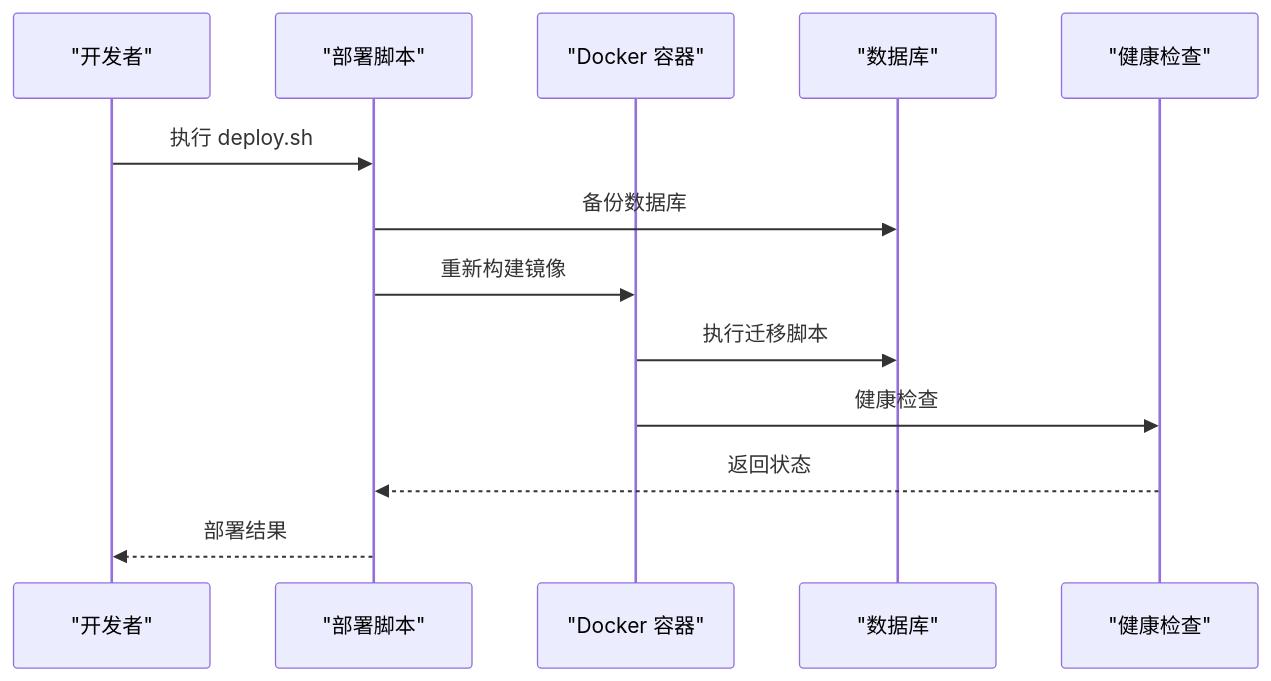
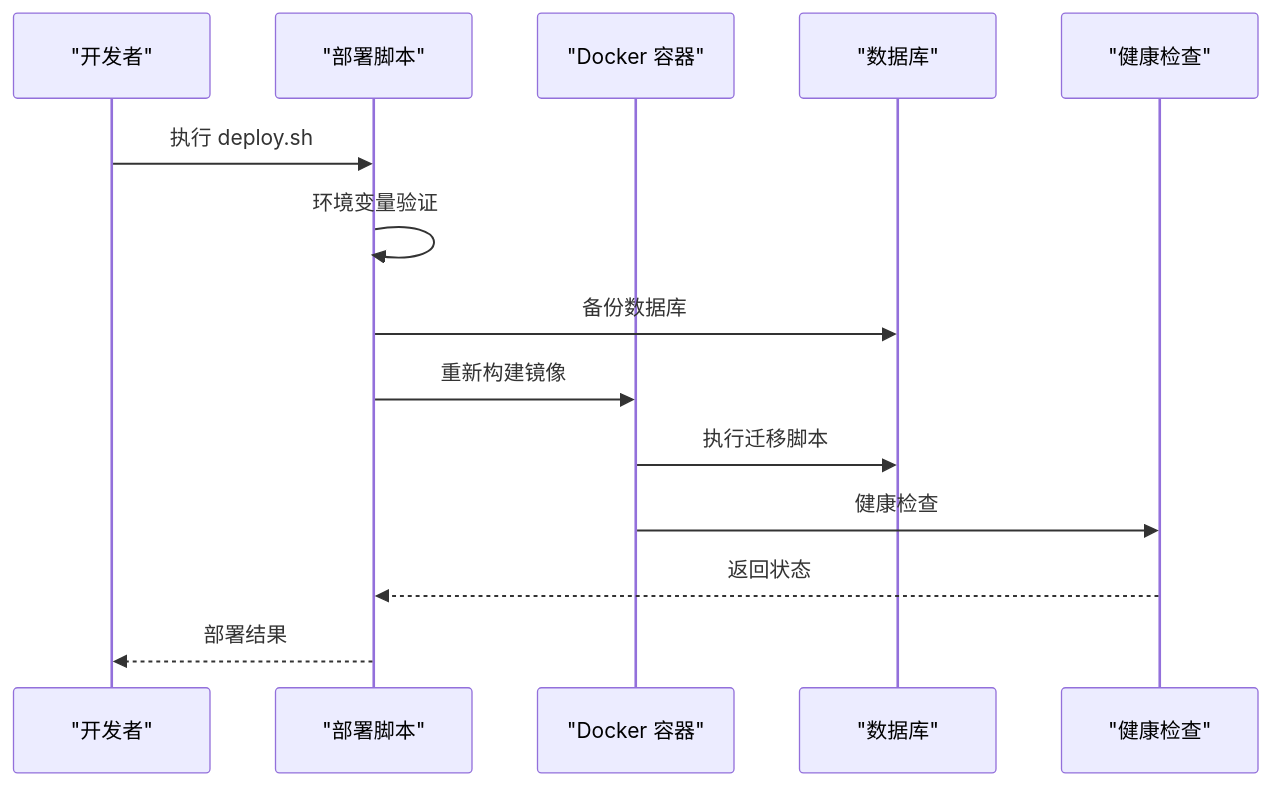
The fourth of 9 diagrams in .qoder/repowiki/zh/content/部署与运维指南/部署与运维指南.md (onebody/homework), drawn with Mermaid before and after one commit. The commit also changed other lines of this file and 14 other files, not shown here.

````diff
--- a/.qoder/repowiki/zh/content/部署与运维指南/部署与运维指南.md
+++ b/.qoder/repowiki/zh/content/部署与运维指南/部署与运维指南.md
@@ -292,15 +301,16 @@
 ```mermaid
 sequenceDiagram
 participant Dev as "开发者"
 participant Script as "部署脚本"
 participant Docker as "Docker 容器"
 participant DB as "数据库"
 participant Health as "健康检查"
 Dev->>Script : 执行 deploy.sh
+Script->>Script : 环境变量验证
 Script->>DB : 备份数据库
 Script->>Docker : 重新构建镜像
 Docker->>DB : 执行迁移脚本
 Docker->>Health : 健康检查
 Health-->>Script : 返回状态
 Script-->>Dev : 部署结果
 ```
````
